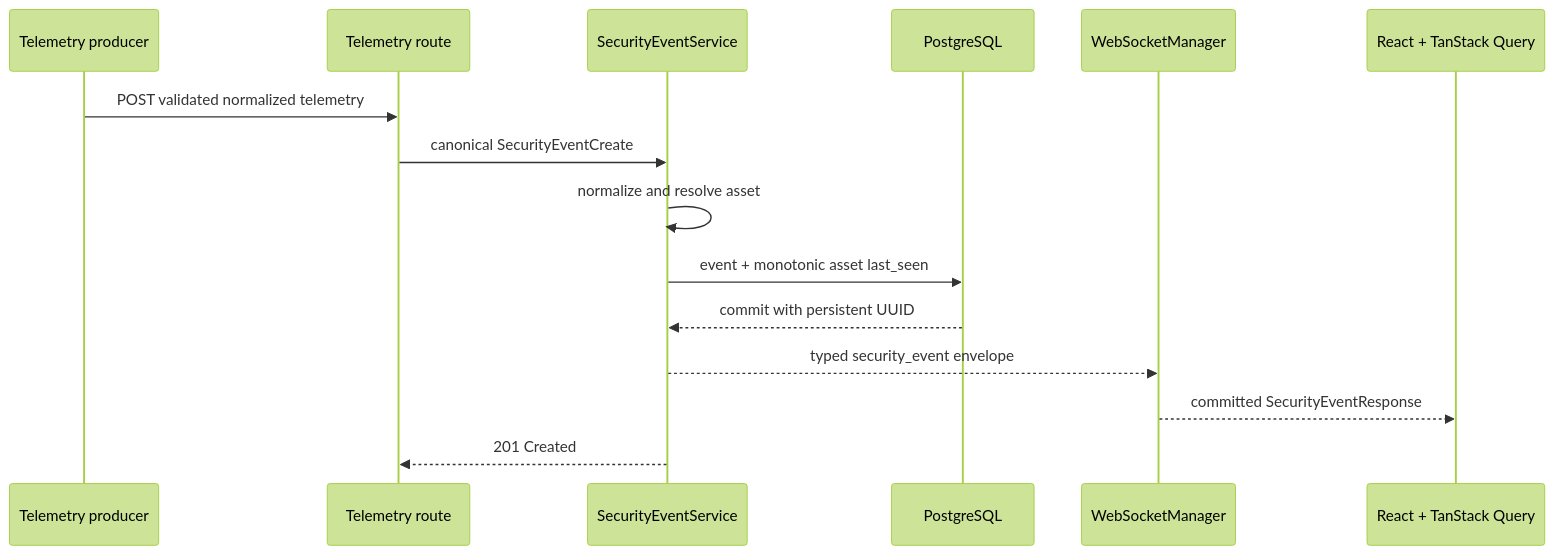
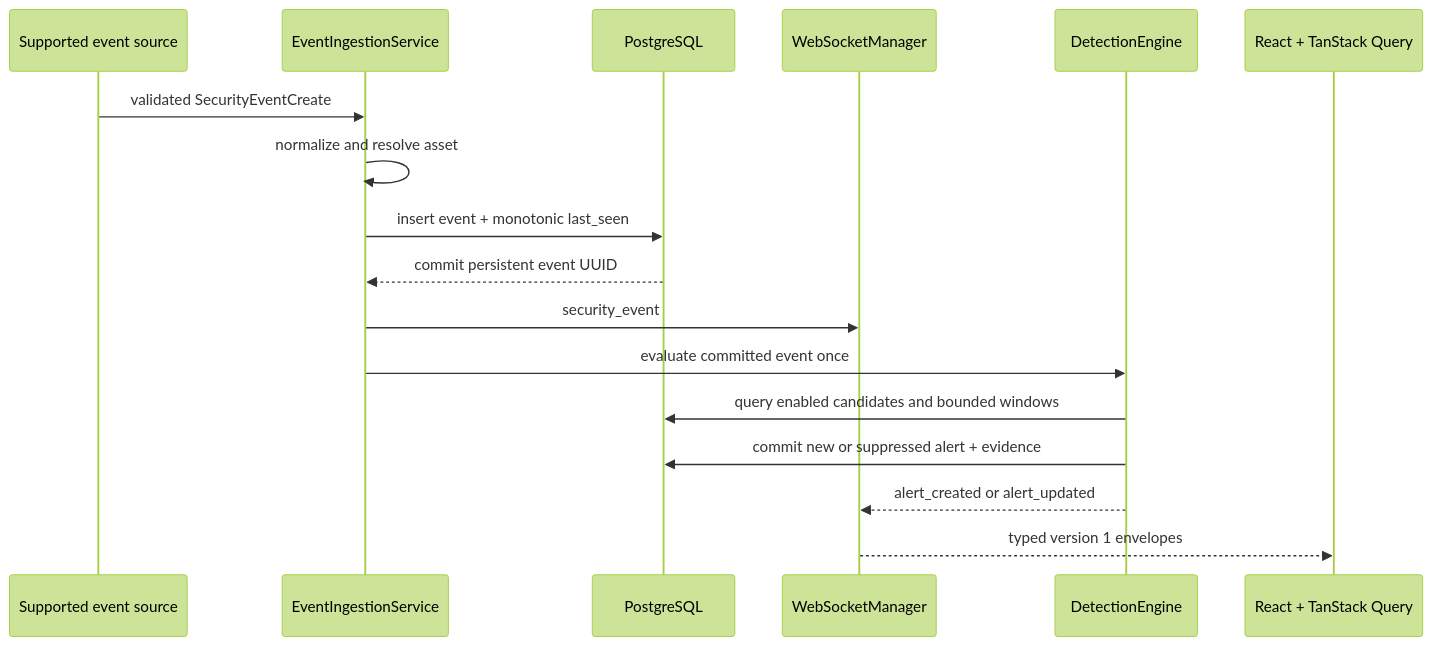
Before and after one commit to Mayroskapnos/sentinel-security-platform: the second of 3 diagrams in docs/architecture.md, drawn with Mermaid (forest theme). The commit also changed other lines of this file and 60 other files, not shown here.

Commit message:
feat: implement detection engine and alert workflow

````diff
--- a/docs/architecture.md
+++ b/docs/architecture.md
@@ -58,17 +36,19 @@
 ```mermaid
 sequenceDiagram
-    participant Producer as Telemetry producer
-    participant Route as Telemetry route
-    participant Service as SecurityEventService
+    participant Source as Supported event source
+    participant Ingest as EventIngestionService
     participant DB as PostgreSQL
     participant WS as WebSocketManager
+    participant Engine as DetectionEngine
     participant UI as React + TanStack Query
-    Producer->>Route: POST validated normalized telemetry
-    Route->>Service: canonical SecurityEventCreate
-    Service->>Service: normalize and resolve asset
-    Service->>DB: event + monotonic asset last_seen
-    DB-->>Service: commit with persistent UUID
-    Service-->>WS: typed security_event envelope
-    WS-->>UI: committed SecurityEventResponse
-    Service-->>Route: 201 Created
+    Source->>Ingest: validated SecurityEventCreate
+    Ingest->>Ingest: normalize and resolve asset
+    Ingest->>DB: insert event + monotonic last_seen
+    DB-->>Ingest: commit persistent event UUID
+    Ingest->>WS: security_event
+    Ingest->>Engine: evaluate committed event once
+    Engine->>DB: query enabled candidates and bounded windows
+    Engine->>DB: commit new or suppressed alert + evidence
+    Engine-->>WS: alert_created or alert_updated
+    WS-->>UI: typed version 1 envelopes
 ```
````
